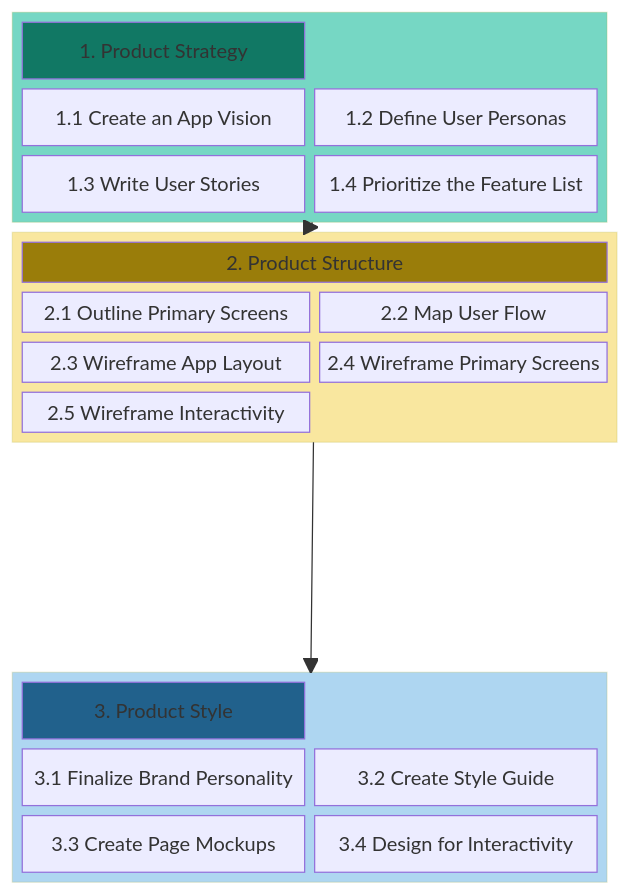
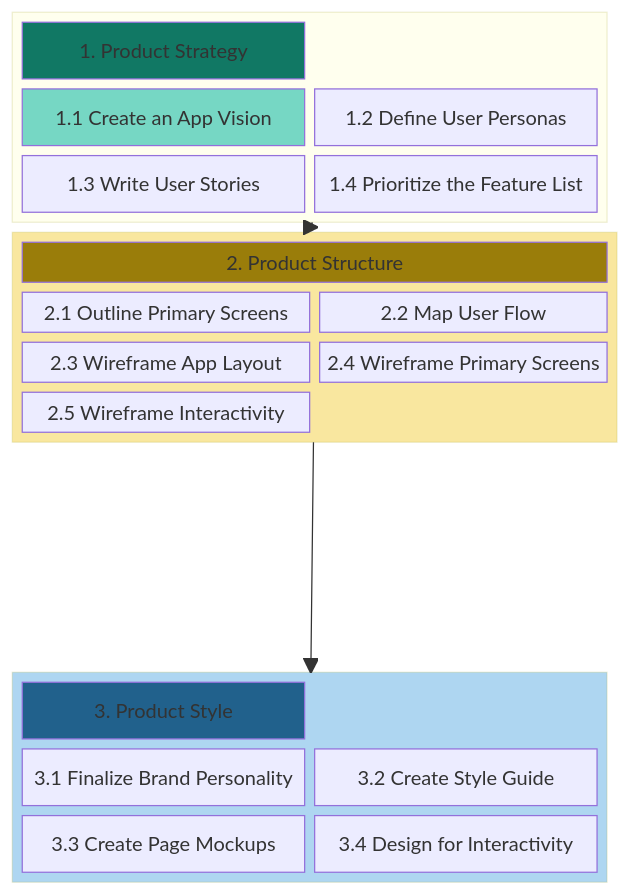
The diagram in docs/resources/techresources/uiux.md (chingu-voyages/Handbook), drawn with Mermaid before and after one commit.

Commit message:
Feature: Add UI/UX workflow process template

````diff
--- a/docs/resources/techresources/uiux.md
+++ b/docs/resources/techresources/uiux.md
@@ -15,38 +15,38 @@
 ```mermaid
 block-beta
 columns 1
   block:STRATEGY
     columns 2
     A["1. Product Strategy"]:2
     B["1.1 Create an App Vision"]
     C["1.2 Define User Personas"]
     D["1.3 Write User Stories"]
     E["1.4 Prioritize the Feature List"]
   end
   block:STRUCTURE
     columns 2
     G["2. Product Structure"]:2
     H["2.1 Outline Primary Screens"]
     I["2.2 Map User Flow"]
     J["2.3 Wireframe App Layout"]
     K["2.4 Wireframe Primary Screens"]
     L["2.5 Wireframe Interactivity"]
   end
   STRATEGY --> STRUCTURE
   space
   block:STYLE
     columns 2
     M["3. Product Style"]:2
     N["3.1 Finalize Brand Personality"]
     O["3.2 Create Style Guide"]
     P["3.3 Create Page Mockups"]
     Q["3.4 Design for Interactivity"]
   end
   STRUCTURE --> STYLE
   style A fill:#117864
+  style B fill:#76d7c4
   style G fill:#9a7d0a
   style M fill:#21618c
-  style STRATEGY fill:#76d7c4
   style STRUCTURE fill:#f9e79f
   style STYLE fill:#aed6f1
 ```
````
